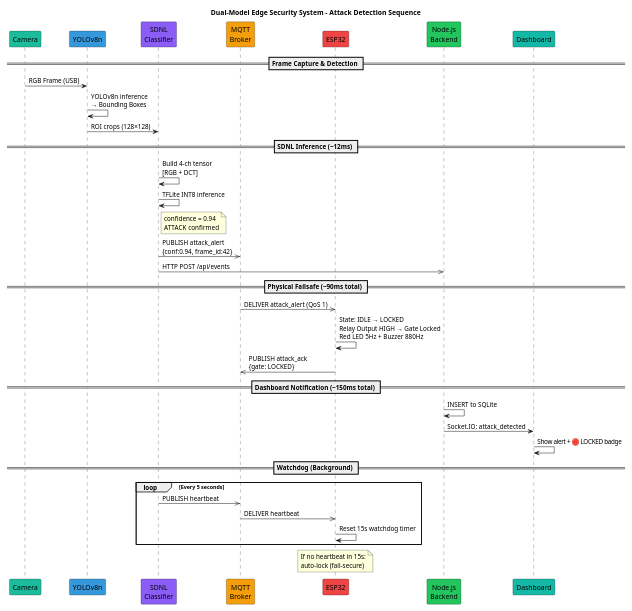
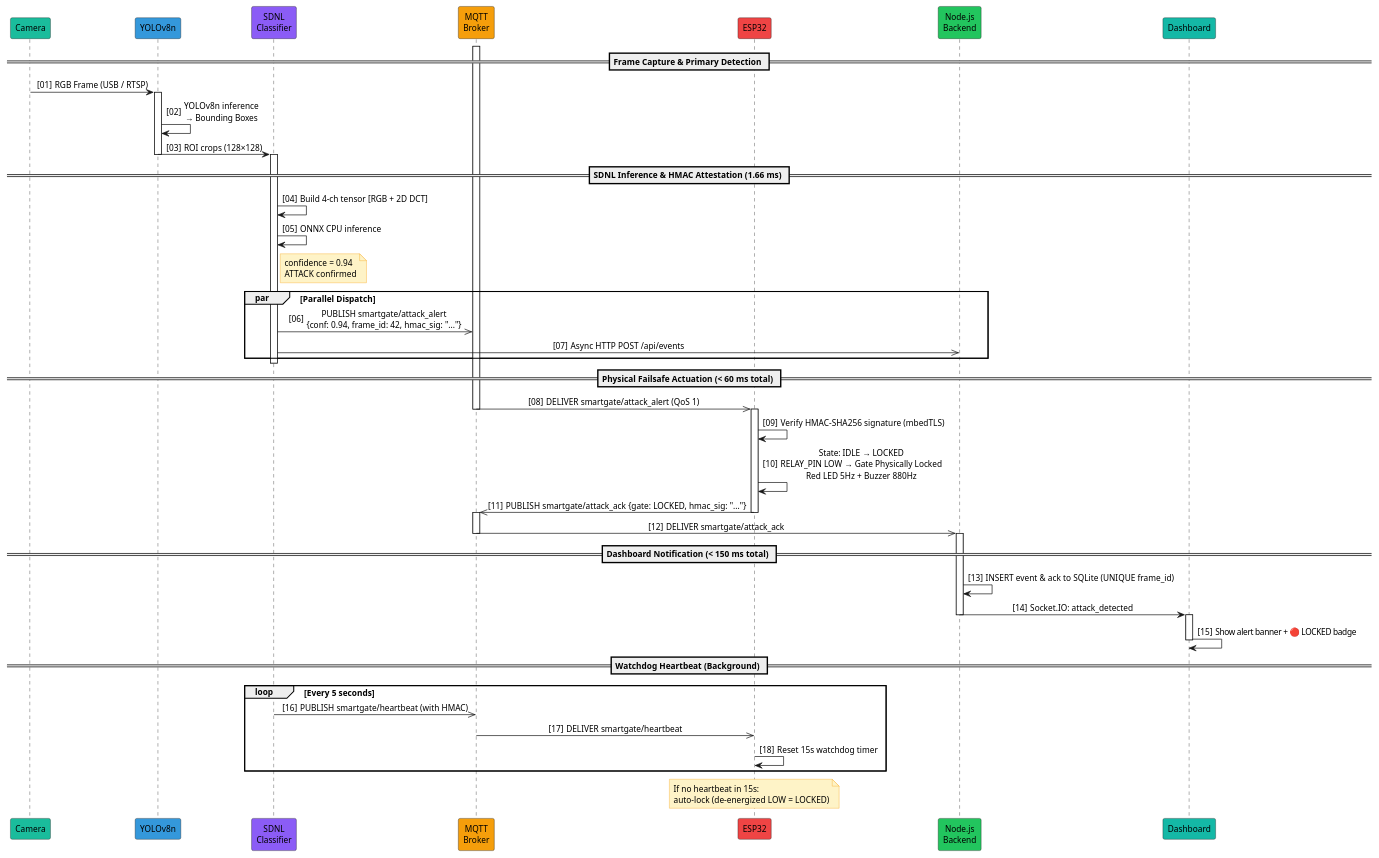
The third of 3 diagrams in docs/diagram_sources.md (Prasannaa-V/Adversarial-Patch-Attack), drawn with PlantUML before and after one commit. The commit also changed other lines of this file and 8 other files, not shown here.

Commit message:
feat: high-impact improvements — JWT login flow, live annotated feed, PR/ROC/CM eval suite, formal 70-15-15 split with F1-optimal threshold

````diff
--- a/docs/diagram_sources.md
+++ b/docs/diagram_sources.md
@@ -292,49 +311,82 @@
 ```plantuml
 @startuml
-scale 900 width
+skinparam shadowing false
+skinparam monochrome false
+skinparam SequenceMessageAlignment center
+skinparam defaultFontName "Segoe UI", "Helvetica", "Arial", sans-serif
+skinparam defaultFontSize 12
+skinparam NoteBackgroundColor #FEF3C7
+skinparam NoteBorderColor #F59E0B
+skinparam DividerBackgroundColor #F3F4F6
+skinparam DividerBorderColor #E5E7EB
 
-title Dual-Model Edge Security System - Attack Detection Sequence
+autonumber "[00]"
 
 participant "Camera" as CAM #1ABC9C
 participant "YOLOv8n" as YOLO #3498DB
 participant "SDNL\nClassifier" as SDNL #8b5cf6
 participant "MQTT\nBroker" as MQTT #f59e0b
 participant "ESP32" as ESP #ef4444
 participant "Node.js\nBackend" as NODE #22c55e
 participant "Dashboard" as UI #14b8a6
 
-== Frame Capture & Detection ==
-CAM -> YOLO : RGB Frame (USB)
+== Frame Capture & Primary Detection ==
+CAM -> YOLO : RGB Frame (USB / RTSP)
+activate YOLO
 YOLO -> YOLO : YOLOv8n inference\n→ Bounding Boxes
 YOLO -> SDNL : ROI crops (128×128)
+deactivate YOLO
+activate SDNL
 
-== SDNL Inference (~12ms) ==
-SDNL -> SDNL : Build 4-ch tensor\n[RGB + DCT]
-SDNL -> SDNL : TFLite INT8 inference
-note right of SDNL : confidence = 0.94\nATTACK confirmed
-SDNL ->> MQTT : PUBLISH attack_alert\n{conf:0.94, frame_id:42}
-SDNL ->> NODE : HTTP POST /api/events
+== SDNL Inference & HMAC Attestation (1.66 ms) ==
+SDNL -> SDNL : Build 4-ch tensor [RGB + 2D DCT]
+SDNL -> SDNL : ONNX CPU inference
+note right of SDNL
+  confidence = 0.94
+  ATTACK confirmed
+end note
 
-== Physical Failsafe (~90ms total) ==
-MQTT ->> ESP : DELIVER attack_alert (QoS 1)
-ESP -> ESP : State: IDLE → LOCKED\nRelay Output HIGH → Gate Locked\nRed LED 5Hz + Buzzer 880Hz
-ESP ->> MQTT : PUBLISH attack_ack\n{gate: LOCKED}
+par Parallel Dispatch
+  SDNL ->> MQTT : PUBLISH smartgate/attack_alert\n{conf: 0.94, frame_id: 42, hmac_sig: "..."}
+  SDNL ->> NODE : Async HTTP POST /api/events
+end
+deactivate SDNL
 
-== Dashboard Notification (~150ms total) ==
-NODE -> NODE : INSERT to SQLite
+== Physical Failsafe Actuation (< 60 ms total) ==
+activate MQTT
+MQTT ->> ESP : DELIVER smartgate/attack_alert (QoS 1)
+deactivate MQTT
+activate ESP
+
+ESP -> ESP : Verify HMAC-SHA256 signature (mbedTLS)
+ESP -> ESP : State: IDLE → LOCKED\nRELAY_PIN LOW → Gate Physically Locked\nRed LED 5Hz + Buzzer 880Hz
+ESP ->> MQTT : PUBLISH smartgate/attack_ack {gate: LOCKED, hmac_sig: "..."}
+deactivate ESP
+
+activate MQTT
+MQTT ->> NODE : DELIVER smartgate/attack_ack
+deactivate MQTT
+
+== Dashboard Notification (< 150 ms total) ==
+activate NODE
+NODE -> NODE : INSERT event & ack to SQLite (UNIQUE frame_id)
 NODE -> UI : Socket.IO: attack_detected
-UI -> UI : Show alert + 🔴 LOCKED badge
+deactivate NODE
+activate UI
+UI -> UI : Show alert banner + 🔴 LOCKED badge
+deactivate UI
 
-== Watchdog (Background) ==
+== Watchdog Heartbeat (Background) ==
 loop Every 5 seconds
-  SDNL ->> MQTT : PUBLISH heartbeat
-  MQTT ->> ESP : DELIVER heartbeat
+  SDNL ->> MQTT : PUBLISH smartgate/heartbeat (with HMAC)
+  MQTT ->> ESP : DELIVER smartgate/heartbeat
   ESP -> ESP : Reset 15s watchdog timer
 end
 
 note over ESP
   If no heartbeat in 15s:
-  auto-lock (fail-secure)
+  auto-lock (de-energized LOW = LOCKED)
 end note
+
 @enduml
 ```
````
